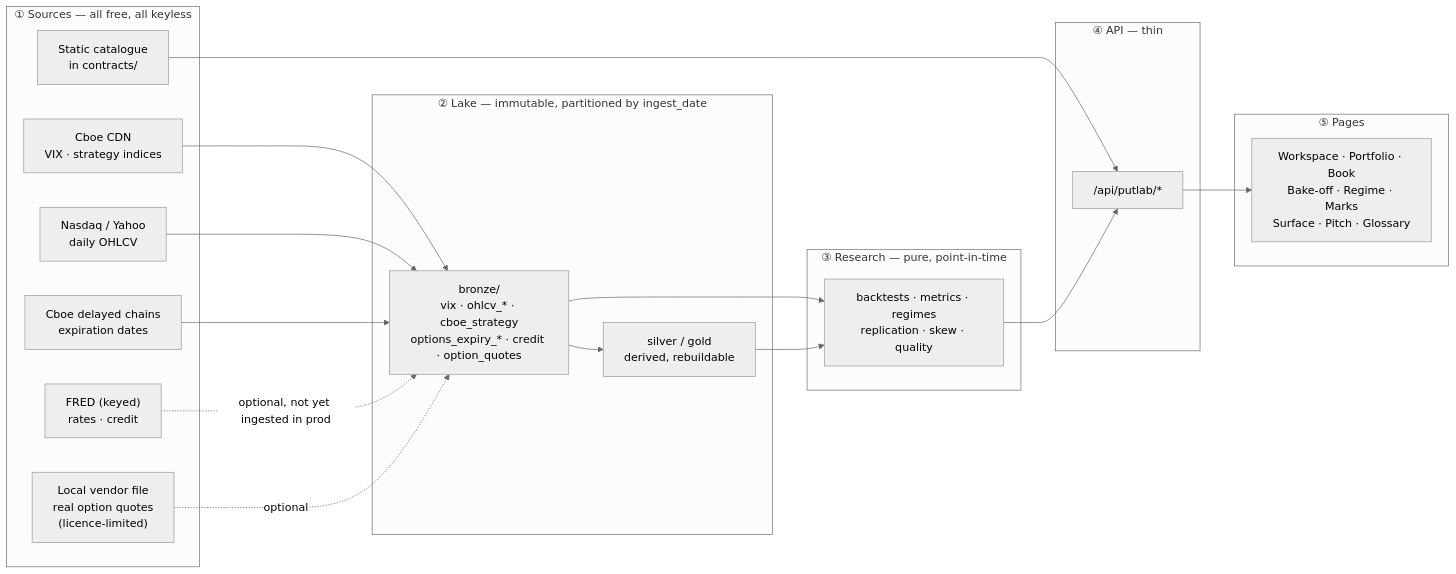
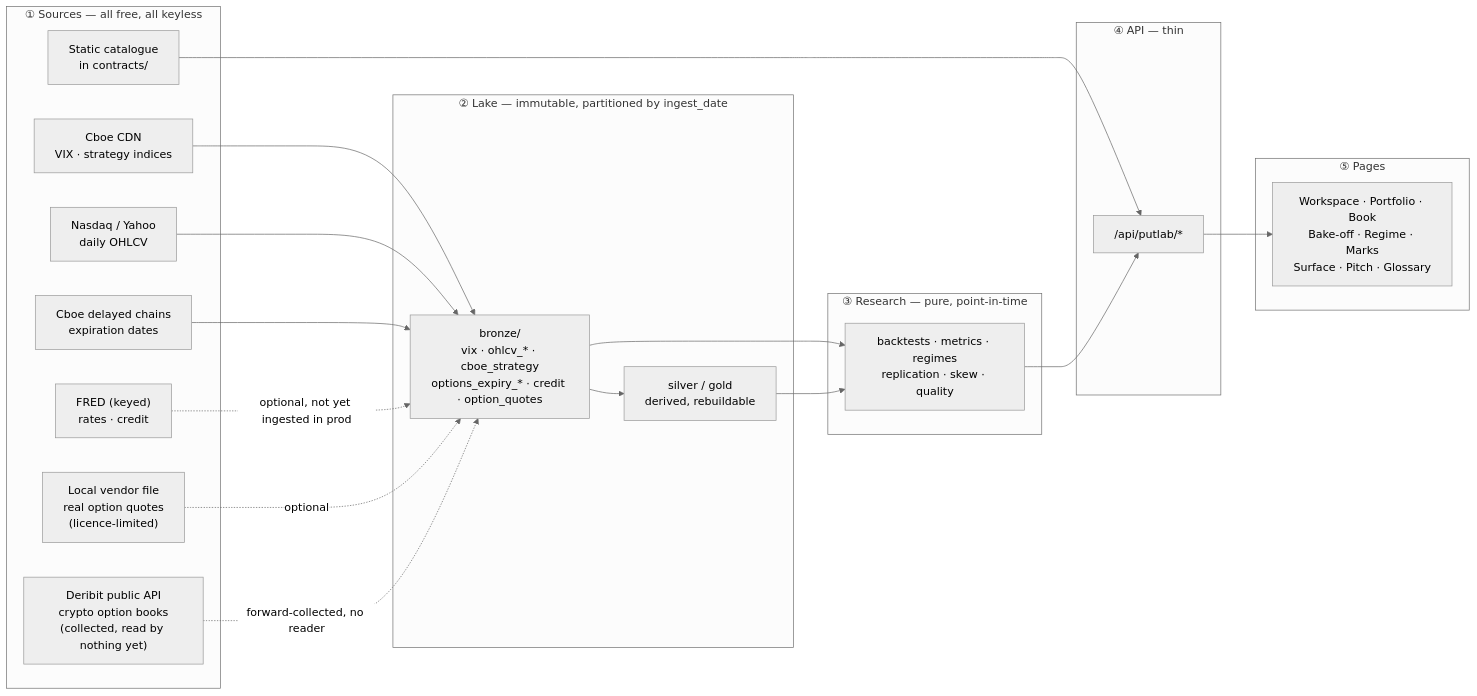
One commit to diomavro/tail-lab changed the first of 2 diagrams in docs/DATA_FLOW.md. Above: the diagram before and after it, drawn with Mermaid (neutral theme). The commit also changed other lines of this file and 39 other files, not shown here.

First line of the commit message:
Forward-collect Deribit's crypto option books daily (ADR 0032) (#180)

````diff
--- a/docs/DATA_FLOW.md
+++ b/docs/DATA_FLOW.md
@@ -25,36 +25,38 @@
 ```mermaid
 flowchart LR
     subgraph S["① Sources — all free, all keyless"]
         CBOE["Cboe CDN<br/>VIX · strategy indices"]
         NDQ["Nasdaq / Yahoo<br/>daily OHLCV"]
         CHAIN["Cboe delayed chains<br/>expiration dates"]
         FRED["FRED (keyed)<br/>rates · credit"]
         LOCAL["Local vendor file<br/>real option quotes<br/>(licence-limited)"]
         STATIC["Static catalogue<br/>in contracts/"]
+        DERIBIT["Deribit public API<br/>crypto option books<br/>(collected, read by nothing yet)"]
     end
     subgraph L["② Lake — immutable, partitioned by ingest_date"]
         BRONZE["bronze/<br/>vix · ohlcv_* · cboe_strategy<br/>options_expiry_* · credit · option_quotes"]
         SG["silver / gold<br/>derived, rebuildable"]
     end
     subgraph R["③ Research — pure, point-in-time"]
         CALC["backtests · metrics · regimes<br/>replication · skew · quality"]
     end
     subgraph A["④ API — thin"]
         ROUTES["/api/putlab/*"]
     end
     subgraph U["⑤ Pages"]
         PAGES["Workspace · Portfolio · Book<br/>Bake-off · Regime · Marks<br/>Surface · Pitch · Glossary"]
     end
 
     CBOE --> BRONZE
     NDQ --> BRONZE
     CHAIN --> BRONZE
     FRED -.optional, not yet ingested in prod.-> BRONZE
     LOCAL -.optional.-> BRONZE
+    DERIBIT -.forward-collected, no reader.-> BRONZE
     STATIC --> ROUTES
     BRONZE --> SG
     BRONZE --> CALC
     SG --> CALC
     CALC --> ROUTES
     ROUTES --> PAGES
 ```
````
